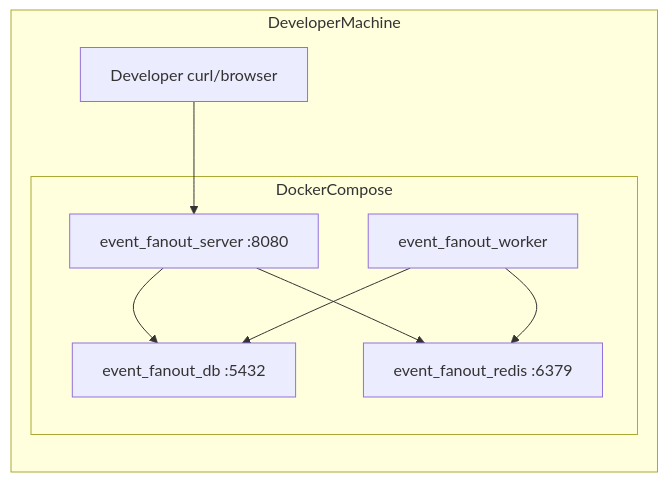
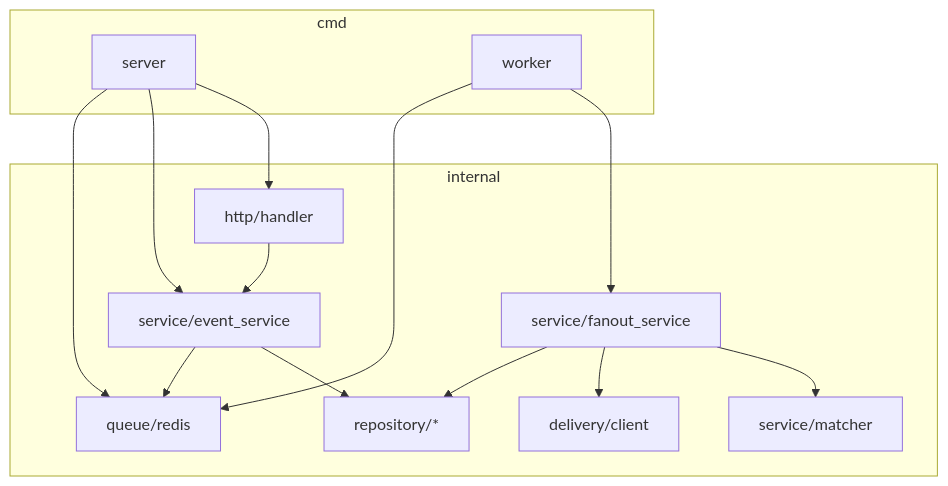
The third of 5 diagrams in docs/architecture.md (shwetaudacious/event-fanout), drawn with Mermaid before and after one commit. The commit also changed other lines of this file and 29 other files, not shown here.

````diff
--- a/docs/architecture.md
+++ b/docs/architecture.md
@@ -217,18 +68,29 @@
 ```mermaid
-flowchart LR
-    subgraph host [DeveloperMachine]
-        subgraph compose [DockerCompose]
-            Server[event_fanout_server :8080]
-            Worker[event_fanout_worker]
-            PG[event_fanout_db :5432]
-            Redis[event_fanout_redis :6379]
-        end
-        Dev[Developer curl/browser]
+flowchart TB
+    subgraph cmd [cmd]
+        ServerMain[server]
+        WorkerMain[worker]
     end
 
-    Dev --> Server
-    Server --> PG
-    Server --> Redis
-    Worker --> PG
-    Worker --> Redis
+    subgraph internal [internal]
+        HTTP[http/handler]
+        EventSvc[service/event_service]
+        FanoutSvc[service/fanout_service]
+        Matcher[service/matcher]
+        Queue[queue/redis]
+        Delivery[delivery/client]
+        Repos[repository/*]
+    end
+
+    ServerMain --> HTTP
+    ServerMain --> EventSvc
+    ServerMain --> Queue
+    WorkerMain --> FanoutSvc
+    WorkerMain --> Queue
+    HTTP --> EventSvc
+    EventSvc --> Repos
+    EventSvc --> Queue
+    FanoutSvc --> Matcher
+    FanoutSvc --> Delivery
+    FanoutSvc --> Repos
 ```
````
